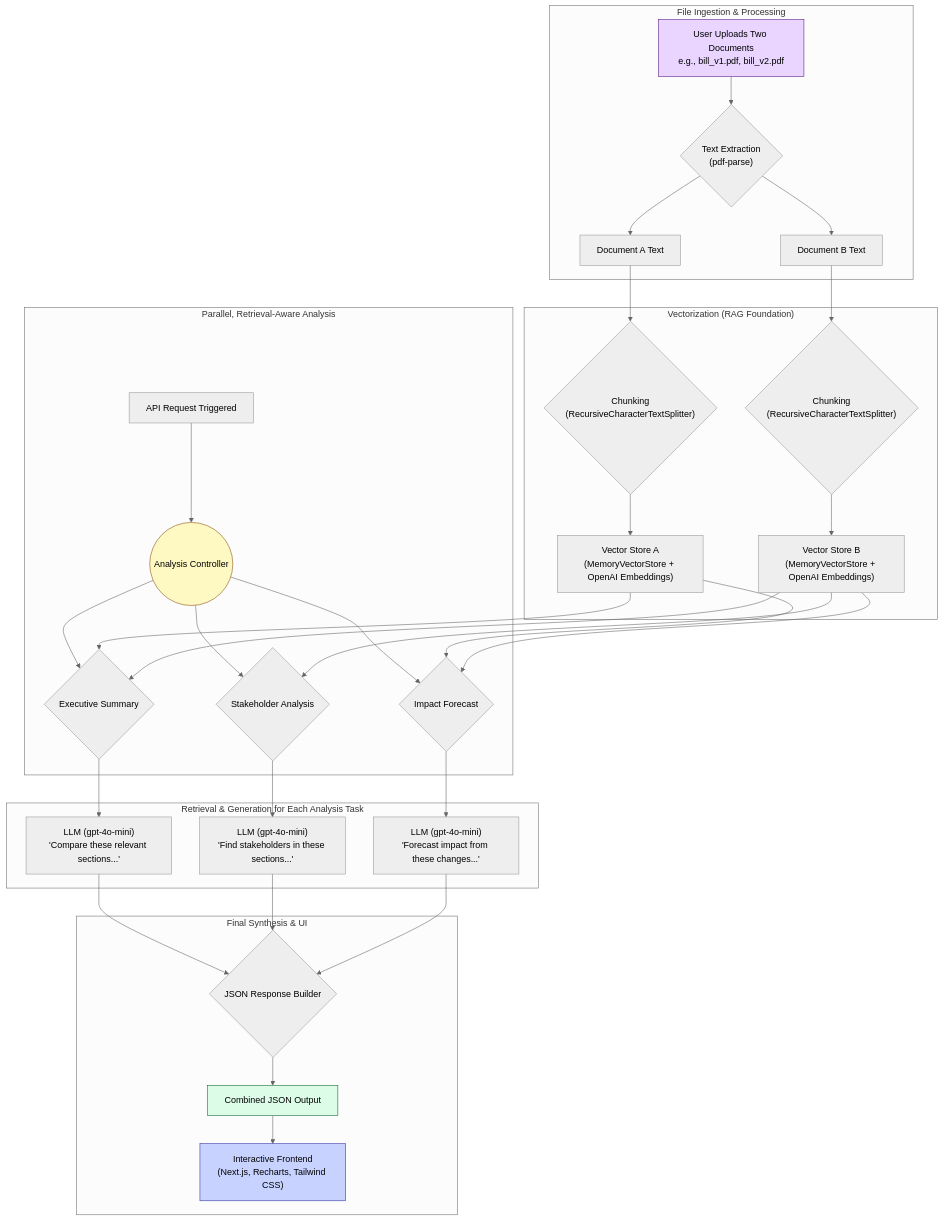
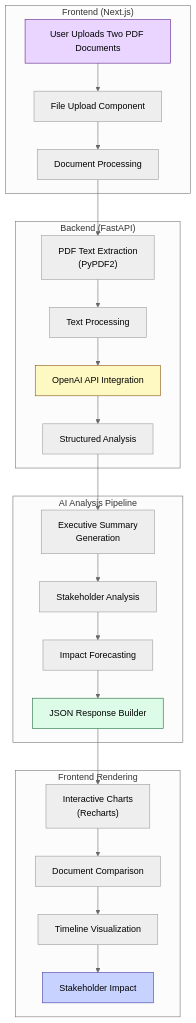
One commit to mgkram4/LegisCompare-AI changed the diagram in README.md. Above: the diagram before and after it, drawn with Mermaid (neutral theme). The commit also changed other lines of this file and 58 other files, not shown here.

````diff
--- a/README.md
+++ b/README.md
@@ -25,48 +26,34 @@
 ```mermaid
 graph TD
-    subgraph "File Ingestion & Processing"
-        A["User Uploads Two Documents<br/>e.g., bill_v1.pdf, bill_v2.pdf"] --> B{"Text Extraction<br/>(pdf-parse)"};
-        B --> C["Document A Text"];
-        B --> D["Document B Text"];
+    subgraph "Frontend (Next.js)"
+        A["User Uploads Two PDF Documents"] --> B["File Upload Component"]
+        B --> C["Document Processing"]
     end
 
-    subgraph "Vectorization (RAG Foundation)"
-        C --> E{"Chunking<br/>(RecursiveCharacterTextSplitter)"};
-        D --> F{"Chunking<br/>(RecursiveCharacterTextSplitter)"};
-        E --> G["Vector Store A<br/>(MemoryVectorStore + OpenAI Embeddings)"];
-        F --> H["Vector Store B<br/>(MemoryVectorStore + OpenAI Embeddings)"];
+    subgraph "Backend (FastAPI)"
+        D["PDF Text Extraction<br/>(PyPDF2)"] --> E["Text Processing"]
+        E --> F["OpenAI API Integration"]
+        F --> G["Structured Analysis"]
     end
 
-    subgraph "Parallel, Retrieval-Aware Analysis"
-        I["API Request Triggered"] --> J(("Analysis Controller"));
-        J --> K{"Executive Summary"};
-        J --> L{"Stakeholder Analysis"};
-        J --> M{"Impact Forecast"};
+    subgraph "AI Analysis Pipeline"
+        H["Executive Summary<br/>Generation"] --> I["Stakeholder Analysis"]
+        I --> J["Impact Forecasting"]
+        J --> K["JSON Response Builder"]
     end
 
-    subgraph "Retrieval & Generation for Each Analysis Task"
-        G --> K;
-        H --> K;
-        K --> N["LLM (gpt-4o-mini)<br/>'Compare these relevant sections...'"];
-
-        H --> L;
-        L --> O["LLM (gpt-4o-mini)<br/>'Find stakeholders in these sections...'"];
-        
-        G --> M;
-        H --> M;
-        M --> P["LLM (gpt-4o-mini)<br/>'Forecast impact from these changes...'"];
-    end
-    
-    subgraph "Final Synthesis & UI"
-        N --> Q{"JSON Response Builder"};
-        O --> Q;
-        P --> Q;
-        Q --> R["Combined JSON Output"];
-        R --> S["Interactive Frontend<br/>(Next.js, Recharts, Tailwind CSS)"];
+    subgraph "Frontend Rendering"
+        L["Interactive Charts<br/>(Recharts)"] --> M["Document Comparison"]
+        M --> N["Timeline Visualization"]
+        N --> O["Stakeholder Impact"]
     end
 
+    C --> D
+    G --> H
+    K --> L
+
     style A fill:#e9d5ff,stroke:#581c87
-    style S fill:#c7d2fe,stroke:#3730a3
-    style R fill:#dcfce7,stroke:#166534
-    style J fill:#fef9c3,stroke:#854d0e
+    style O fill:#c7d2fe,stroke:#3730a3
+    style K fill:#dcfce7,stroke:#166534
+    style F fill:#fef9c3,stroke:#854d0e
 ```
````
